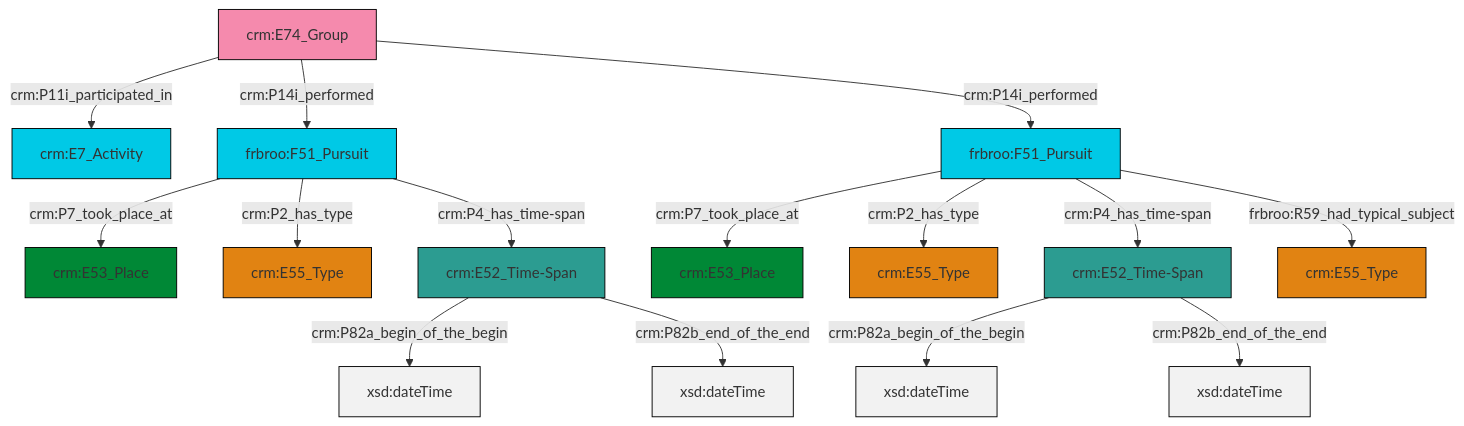
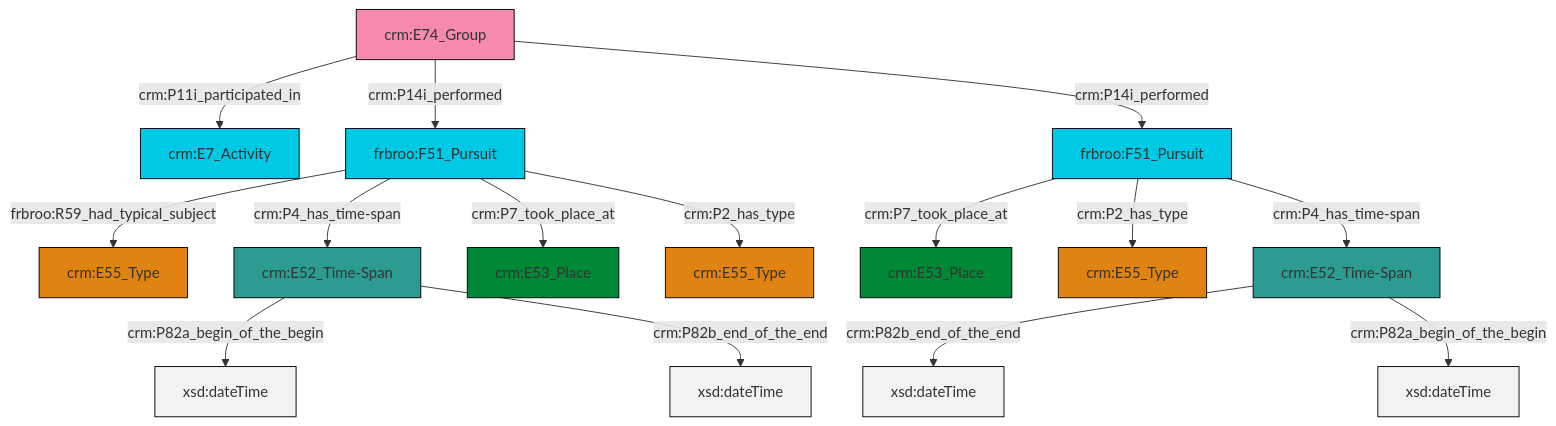
One commit to swiss-art-research-net/docs.swissartresearch changed the diagram in et/groupCSV/ttl/mmd/group_events.ttl.mmd. Above: the diagram before and after it, drawn with Mermaid. The commit also changed 177 other files, not shown here.

```diff
--- a/et/groupCSV/ttl/mmd/group_events.ttl.mmd
+++ b/et/groupCSV/ttl/mmd/group_events.ttl.mmd
@@ -1,29 +1,29 @@
 graph TD
 classDef Literal fill:#f2f2f2,stroke:#000000;
 classDef CRM_Entity fill:#FFFFFF,stroke:#000000;
 classDef Temporal_Entity fill:#00C9E6, stroke:#000000;
 classDef Type fill:#E18312, stroke:#000000;
 classDef Time-Span fill:#2C9C91, stroke:#000000;
 classDef Appellation fill:#FFEB7F, stroke:#000000;
 classDef Place fill:#008836, stroke:#000000;
 classDef Persistent_Item fill:#B266B2, stroke:#000000;
 classDef Conceptual_Object fill:#FFD700, stroke:#000000;
 classDef Physical_Thing fill:#D2B48C, stroke:#000000;
 classDef Actor fill:#f58aad, stroke:#000000;
 classDef PC_Classes fill:#4ce600, stroke:#000000;
 classDef Multi fill:#cccccc,stroke:#000000;
 
-4["crm:E52_Time-Span"]:::Time-Span -->|crm:P82a_begin_of_the_begin| 5[xsd:dateTime]:::Literal
-6["frbroo:F51_Pursuit"]:::Temporal_Entity -->|crm:P7_took_place_at| 7["crm:E53_Place"]:::Place
-2["crm:E74_Group"]:::Actor -->|crm:P11i_participated_in| 9["crm:E7_Activity"]:::Temporal_Entity
-0["crm:E52_Time-Span"]:::Time-Span -->|crm:P82a_begin_of_the_begin| 10[xsd:dateTime]:::Literal
-11["frbroo:F51_Pursuit"]:::Temporal_Entity -->|crm:P7_took_place_at| 13["crm:E53_Place"]:::Place
-11["frbroo:F51_Pursuit"]:::Temporal_Entity -->|crm:P2_has_type| 17["crm:E55_Type"]:::Type
-11["frbroo:F51_Pursuit"]:::Temporal_Entity -->|crm:P4_has_time-span| 4["crm:E52_Time-Span"]:::Time-Span
-6["frbroo:F51_Pursuit"]:::Temporal_Entity -->|crm:P2_has_type| 14["crm:E55_Type"]:::Type
-11["frbroo:F51_Pursuit"]:::Temporal_Entity -->|frbroo:R59_had_typical_subject| 18["crm:E55_Type"]:::Type
-2["crm:E74_Group"]:::Actor -->|crm:P14i_performed| 6["frbroo:F51_Pursuit"]:::Temporal_Entity
-2["crm:E74_Group"]:::Actor -->|crm:P14i_performed| 11["frbroo:F51_Pursuit"]:::Temporal_Entity
-4["crm:E52_Time-Span"]:::Time-Span -->|crm:P82b_end_of_the_end| 23[xsd:dateTime]:::Literal
-6["frbroo:F51_Pursuit"]:::Temporal_Entity -->|crm:P4_has_time-span| 0["crm:E52_Time-Span"]:::Time-Span
-0["crm:E52_Time-Span"]:::Time-Span -->|crm:P82b_end_of_the_end| 26[xsd:dateTime]:::Literal
+0["crm:E74_Group"]:::Actor -->|crm:P11i_participated_in| 1["crm:E7_Activity"]:::Temporal_Entity
+10["crm:E52_Time-Span"]:::Time-Span -->|crm:P82a_begin_of_the_begin| 11[xsd:dateTime]:::Literal
+10["crm:E52_Time-Span"]:::Time-Span -->|crm:P82b_end_of_the_end| 12[xsd:dateTime]:::Literal
+13["frbroo:F51_Pursuit"]:::Temporal_Entity -->|frbroo:R59_had_typical_subject| 2["crm:E55_Type"]:::Type
+0["crm:E74_Group"]:::Actor -->|crm:P14i_performed| 13["frbroo:F51_Pursuit"]:::Temporal_Entity
+13["frbroo:F51_Pursuit"]:::Temporal_Entity -->|crm:P4_has_time-span| 10["crm:E52_Time-Span"]:::Time-Span
+15["frbroo:F51_Pursuit"]:::Temporal_Entity -->|crm:P7_took_place_at| 16["crm:E53_Place"]:::Place
+15["frbroo:F51_Pursuit"]:::Temporal_Entity -->|crm:P2_has_type| 4["crm:E55_Type"]:::Type
+8["crm:E52_Time-Span"]:::Time-Span -->|crm:P82b_end_of_the_end| 24[xsd:dateTime]:::Literal
+15["frbroo:F51_Pursuit"]:::Temporal_Entity -->|crm:P4_has_time-span| 8["crm:E52_Time-Span"]:::Time-Span
+13["frbroo:F51_Pursuit"]:::Temporal_Entity -->|crm:P7_took_place_at| 6["crm:E53_Place"]:::Place
+0["crm:E74_Group"]:::Actor -->|crm:P14i_performed| 15["frbroo:F51_Pursuit"]:::Temporal_Entity
+8["crm:E52_Time-Span"]:::Time-Span -->|crm:P82a_begin_of_the_begin| 26[xsd:dateTime]:::Literal
+13["frbroo:F51_Pursuit"]:::Temporal_Entity -->|crm:P2_has_type| 21["crm:E55_Type"]:::Type
```
